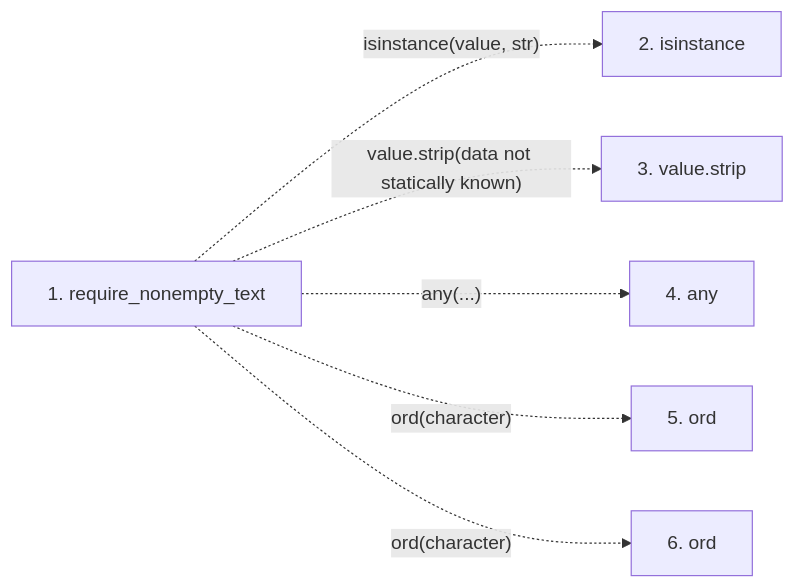
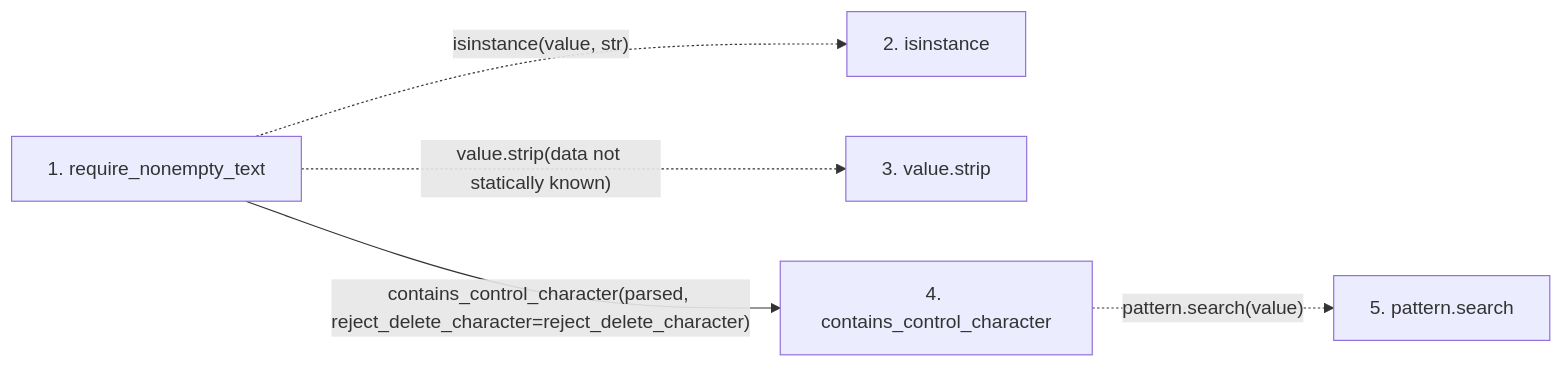
The second of 2 diagrams in docs/llm_wiki/flows/api-require_nonempty_text.md (Denissvgn/python-wiki-llm), drawn with Mermaid before and after one commit. The commit also changed other lines of this file and 865 other files, not shown here.

````diff
--- a/docs/llm_wiki/flows/api-require_nonempty_text.md
+++ b/docs/llm_wiki/flows/api-require_nonempty_text.md
@@ -27,15 +26,14 @@
 ```mermaid
 flowchart LR
     s1["1. require_nonempty_text"]
     s2["2. isinstance"]
     s3["3. value.strip"]
-    s4["4. any"]
-    s5["5. ord"]
-    s6["6. ord"]
+    s4["4. contains_control_character"]
+    s5["5. pattern.search"]
     s1 -. "isinstance(value, str)" .-> s2
     s1 -. "value.strip(data not statically known)" .-> s3
-    s1 -. "any(...)" .-> s4
-    s1 -. "ord(character)" .-> s5
-    s1 -. "ord(character)" .-> s6
+    s1 -->|"contains_control_character(parsed, reject_delete_character=reject_delete_character)"| s4
+    s4 -. "pattern.search(value)" .-> s5
     click s1 "../modules/validation.md"
+    click s4 "../modules/validation.md"
 ```
````
